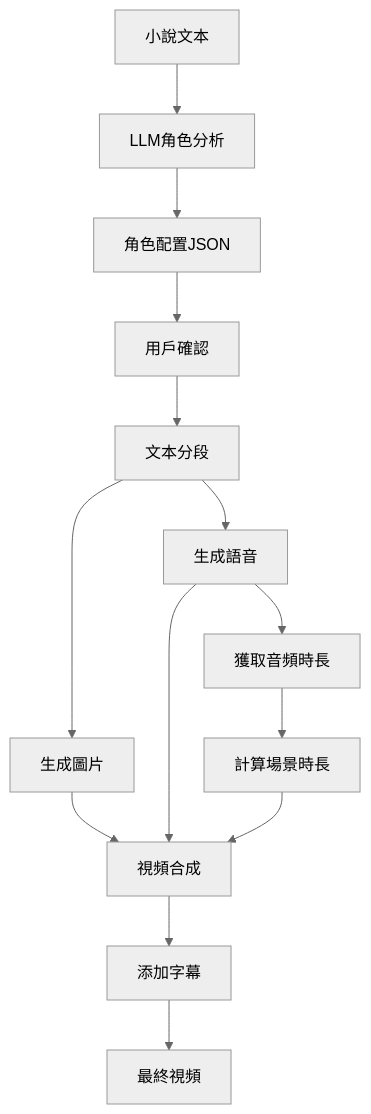
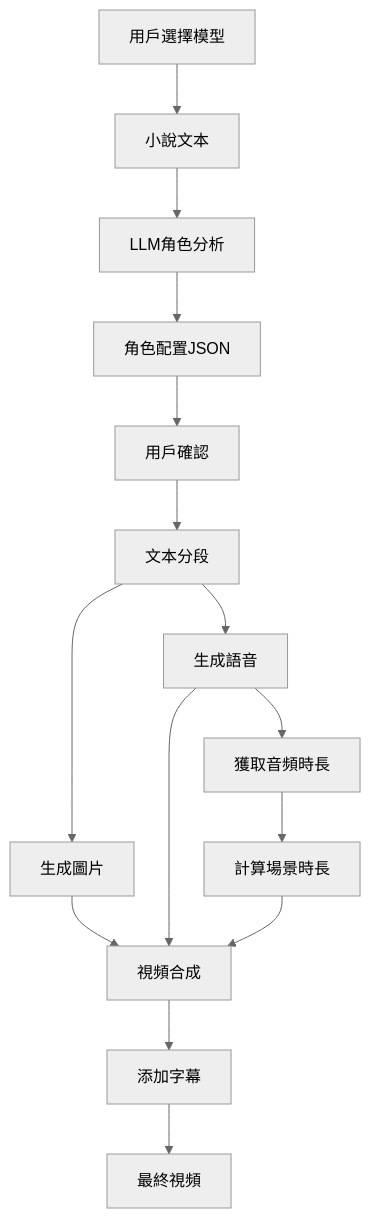
Before and after one commit to BYLinMou/GenVideo: the fifth of 5 diagrams in plans/architecture-v2.md, drawn with Mermaid (neutral theme). The commit also changed other lines of this file and 4 other files, not shown here.

````diff
--- a/plans/architecture-v2.md
+++ b/plans/architecture-v2.md
@@ -437,16 +609,17 @@
 ```mermaid
 graph TB
-    A[小說文本] --> B[LLM角色分析]
-    B --> C[角色配置JSON]
-    C --> D[用戶確認]
-    D --> E[文本分段]
-    E --> F[生成圖片]
-    E --> G[生成語音]
-    G --> H[獲取音頻時長]
-    H --> I[計算場景時長]
-    F --> J[視頻合成]
-    G --> J
-    I --> J
-    J --> K[添加字幕]
-    K --> L[最終視頻]
+    A[用戶選擇模型] --> B[小說文本]
+    B --> C[LLM角色分析]
+    C --> D[角色配置JSON]
+    D --> E[用戶確認]
+    E --> F[文本分段]
+    F --> G[生成圖片]
+    F --> H[生成語音]
+    H --> I[獲取音頻時長]
+    I --> J[計算場景時長]
+    G --> K[視頻合成]
+    H --> K
+    J --> K
+    K --> L[添加字幕]
+    L --> M[最終視頻]
 ```
````
